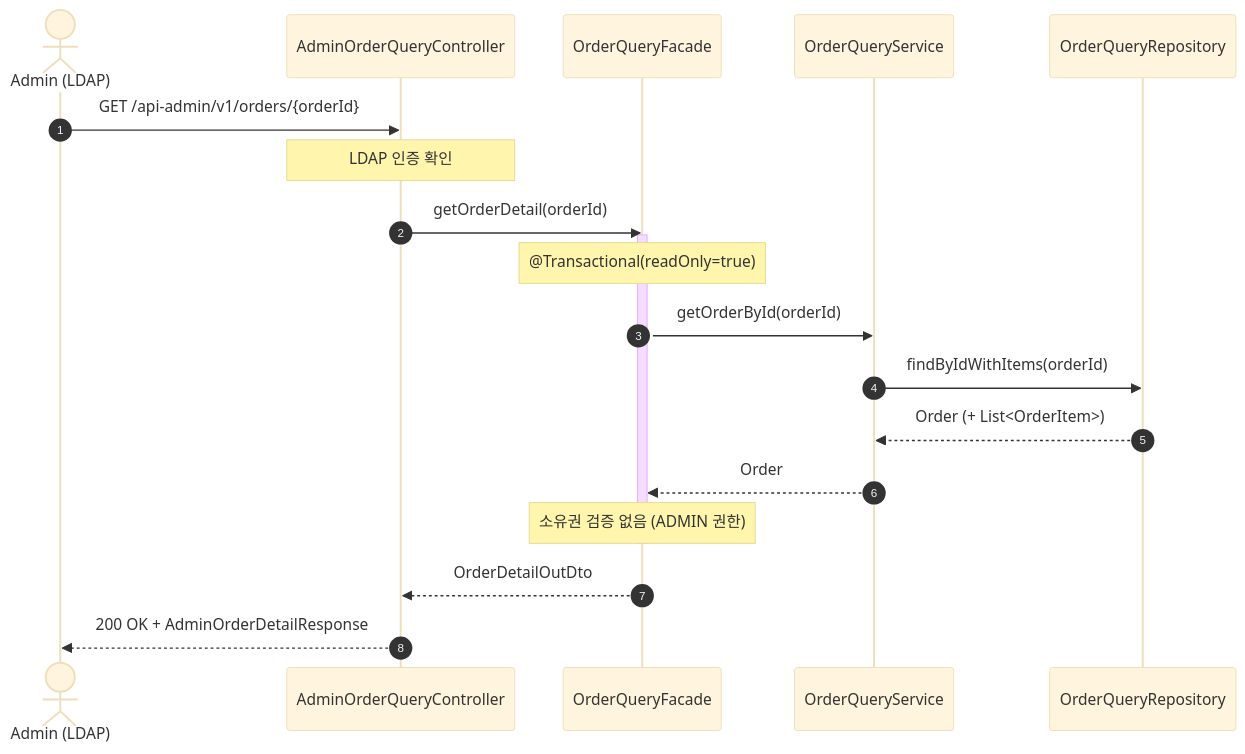
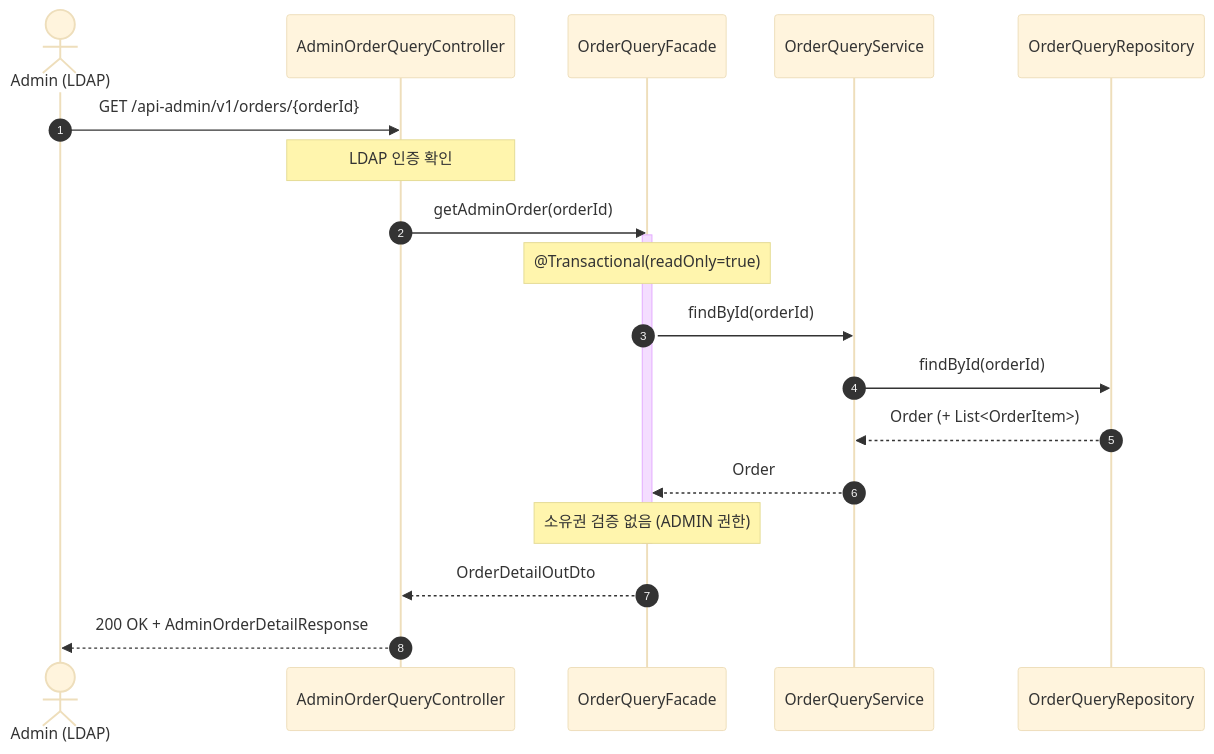
Before and after one commit to Hwan0518/loop-pack-be-l2-vol3-java: diagram 30 of 30 in docs/design/02-sequence-diagrams.md, drawn with Mermaid (base theme). The commit also changed other lines of this file and 13 other files, not shown here.

````diff
--- a/docs/design/02-sequence-diagrams.md
+++ b/docs/design/02-sequence-diagrams.md
@@ -1434,23 +1490,23 @@
 ```mermaid
 sequenceDiagram
     autonumber
     actor Admin as Admin (LDAP)
     participant Controller as AdminOrderQueryController
     participant Facade as OrderQueryFacade
     participant Service as OrderQueryService
     participant Repository as OrderQueryRepository
 
     Admin->>Controller: GET /api-admin/v1/orders/{orderId}
     Note over Controller: LDAP 인증 확인
-    Controller->>Facade: getOrderDetail(orderId)
+    Controller->>Facade: getAdminOrder(orderId)
     activate Facade
     Note over Facade: @Transactional(readOnly=true)
-    Facade->>Service: getOrderById(orderId)
-    Service->>Repository: findByIdWithItems(orderId)
+    Facade->>Service: findById(orderId)
+    Service->>Repository: findById(orderId)
     Repository-->>Service: Order (+ List<OrderItem>)
     Service-->>Facade: Order
     Note over Facade: 소유권 검증 없음 (ADMIN 권한)
     deactivate Facade
     Facade-->>Controller: OrderDetailOutDto
     Controller-->>Admin: 200 OK + AdminOrderDetailResponse
 ```
````
